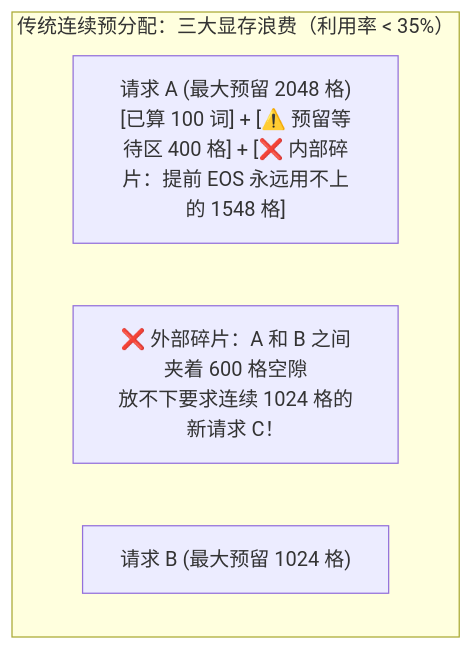
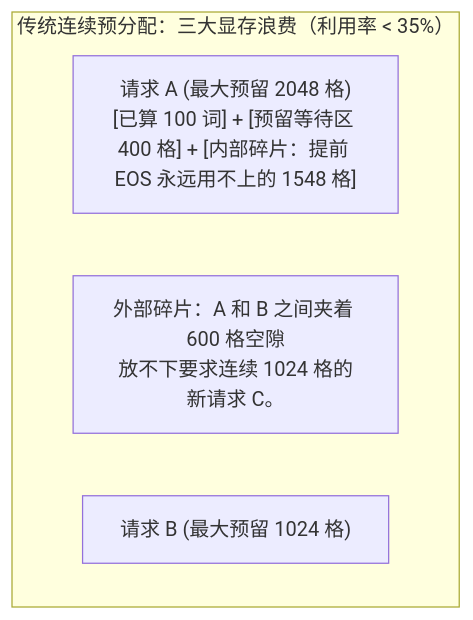
The first of 3 diagrams in stage1/06-vllm-internals.md (zrpxx/hands-on-llm-serving-opt), drawn with Mermaid before and after one commit. The commit also changed other lines of this file and 71 other files, not shown here.

````diff
--- a/stage1/06-vllm-internals.md
+++ b/stage1/06-vllm-internals.md
@@ -22,9 +22,9 @@
 ```mermaid
 flowchart TB
   subgraph Bad["传统连续预分配：三大显存浪费（利用率 < 35%）"]
     direction LR
-    R1["请求 A (最大预留 2048 格)<br/>[已算 100 词] + [⚠️ 预留等待区 400 格] + [❌ 内部碎片：提前 EOS 永远用不上的 1548 格]"]
-    GAP["❌ 外部碎片：A 和 B 之间夹着 600 格空隙<br/>放不下要求连续 1024 格的新请求 C！"]
+    R1["请求 A (最大预留 2048 格)<br/>[已算 100 词] + [预留等待区 400 格] + [内部碎片：提前 EOS 永远用不上的 1548 格]"]
+    GAP["外部碎片：A 和 B 之间夹着 600 格空隙<br/>放不下要求连续 1024 格的新请求 C。"]
     R2["请求 B (最大预留 1024 格)"]
   end
 ```
````
